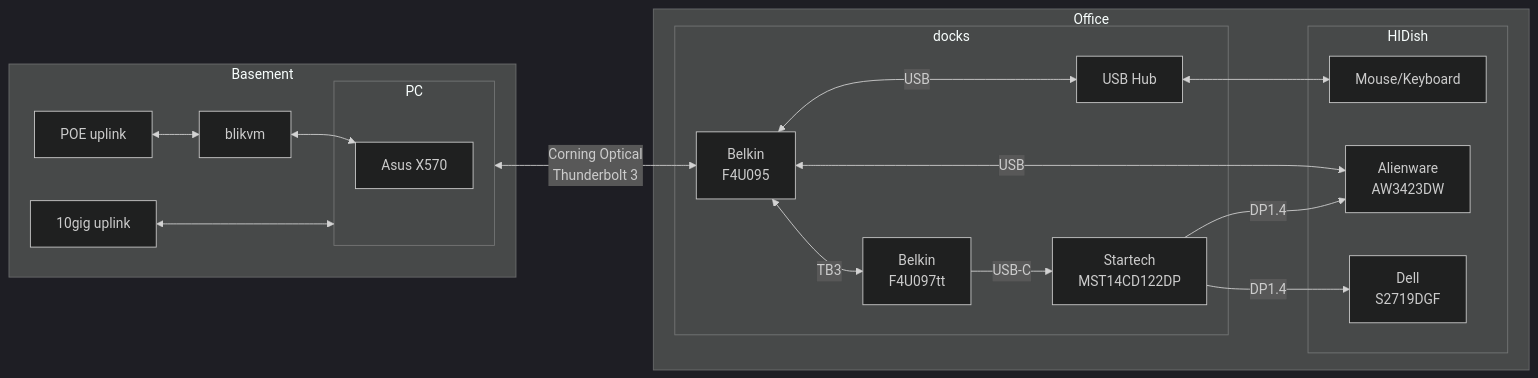
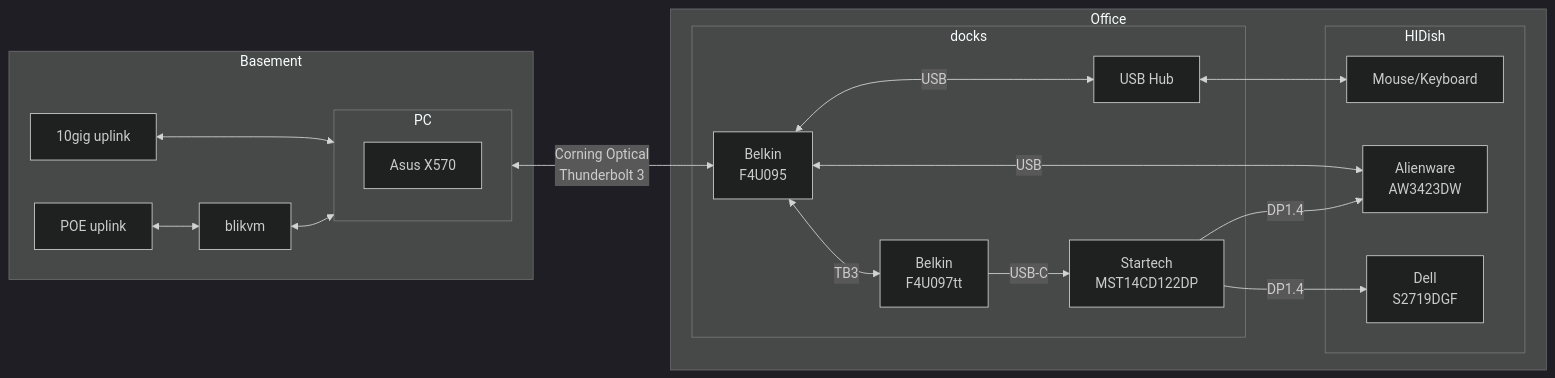
The diagram in source/_drafts/desktop-migration.md (waflint/wflint-blog), drawn with Mermaid (dark theme) before and after one commit. The commit also changed other lines of this file, not shown here.

```diff
--- a/source/_drafts/desktop-migration.md
+++ b/source/_drafts/desktop-migration.md
@@ -125,23 +136,23 @@
 {% mermaid flowchart LR %}
     subgraph basement [Basement]
         I[10gig uplink] <---> PC
         J[POE uplink] <--> kvm["blikvm"]
-        kvm <--> s
+        kvm <--> PC
         subgraph PC [PC]
             s["Asus X570"]
         end
     end
     subgraph office [Office]
         subgraph docks
             PC <--> |"Corning Optical\nThunderbolt 3"|hub1["Belkin\nF4U095"]
             hub1 <-->|"TB3"|hub2["Belkin\nF4U097tt"]
             hub2 --> |"USB-C"|MST["Startech\nMST14CD122DP"]
             hub1 <-->|"USB"|usbhub["USB Hub"]
         end
         subgraph HIDish
             usbhub <--> Mouse/Keyboard
             hub1 <-->|"USB"|monitor1
             MST --> |"DP1.4"|monitor1["Alienware\nAW3423DW"] & monitor2["Dell\nS2719DGF"]
         end
     end
 {% endmermaid %}
```
